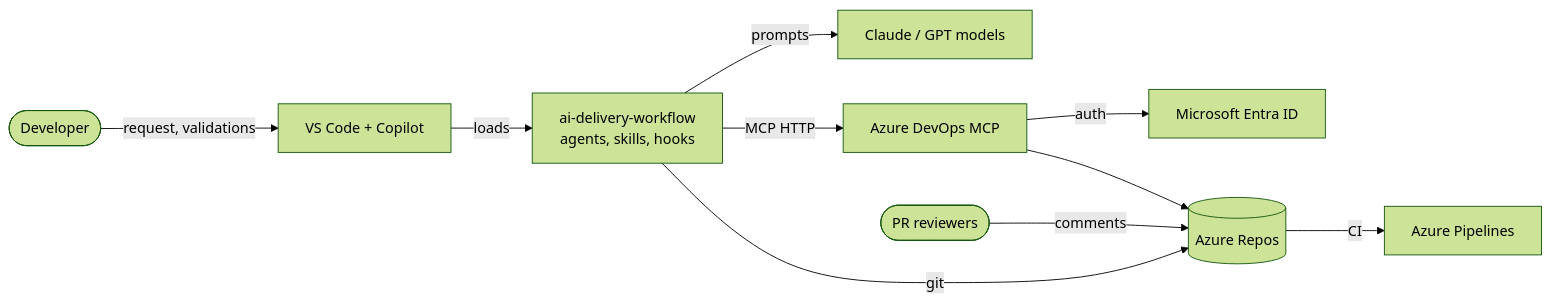
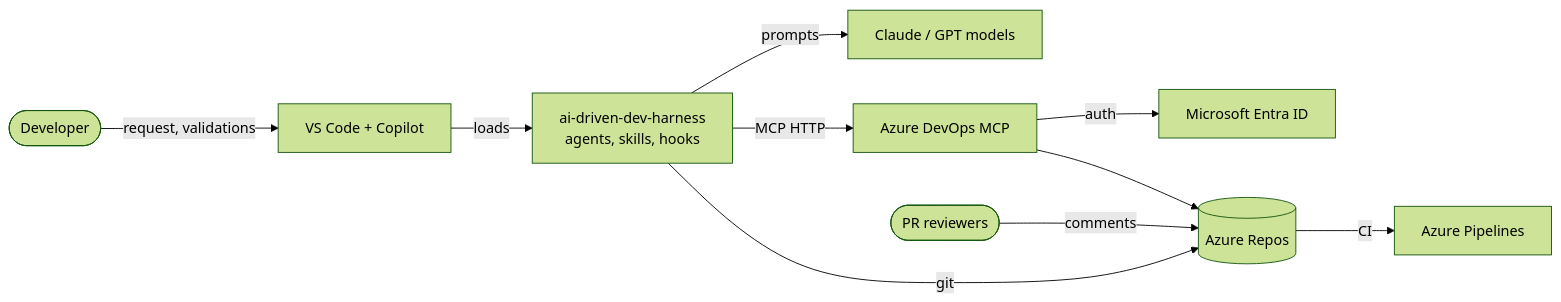
One commit to Antonin-Artaud/ai-driven-dev-harness changed the diagram in docs/architecture/context.md. Above: the diagram before and after it, drawn with Mermaid (forest theme). The commit also changed other lines of this file and 34 other files, not shown here.

First line of the commit message:
refactor!: rename the plugin to ai-driven-dev-harness

````diff
--- a/docs/architecture/context.md
+++ b/docs/architecture/context.md
@@ -37,12 +37,12 @@
 ```mermaid
 flowchart LR
   dev([Developer]) -->|request, validations| vscode[VS Code + Copilot]
-  vscode -->|loads| plugin[ai-delivery-workflow<br/>agents, skills, hooks]
+  vscode -->|loads| plugin[ai-driven-dev-harness<br/>agents, skills, hooks]
   plugin -->|prompts| llm[Claude / GPT models]
   plugin -->|MCP HTTP| ado[Azure DevOps MCP]
   ado -->|auth| entra[Microsoft Entra ID]
   plugin -->|git| repo[(Azure Repos)]
   ado --> repo
   reviewers([PR reviewers]) -->|comments| repo
   repo -->|CI| pipelines[Azure Pipelines]
 ```
````
